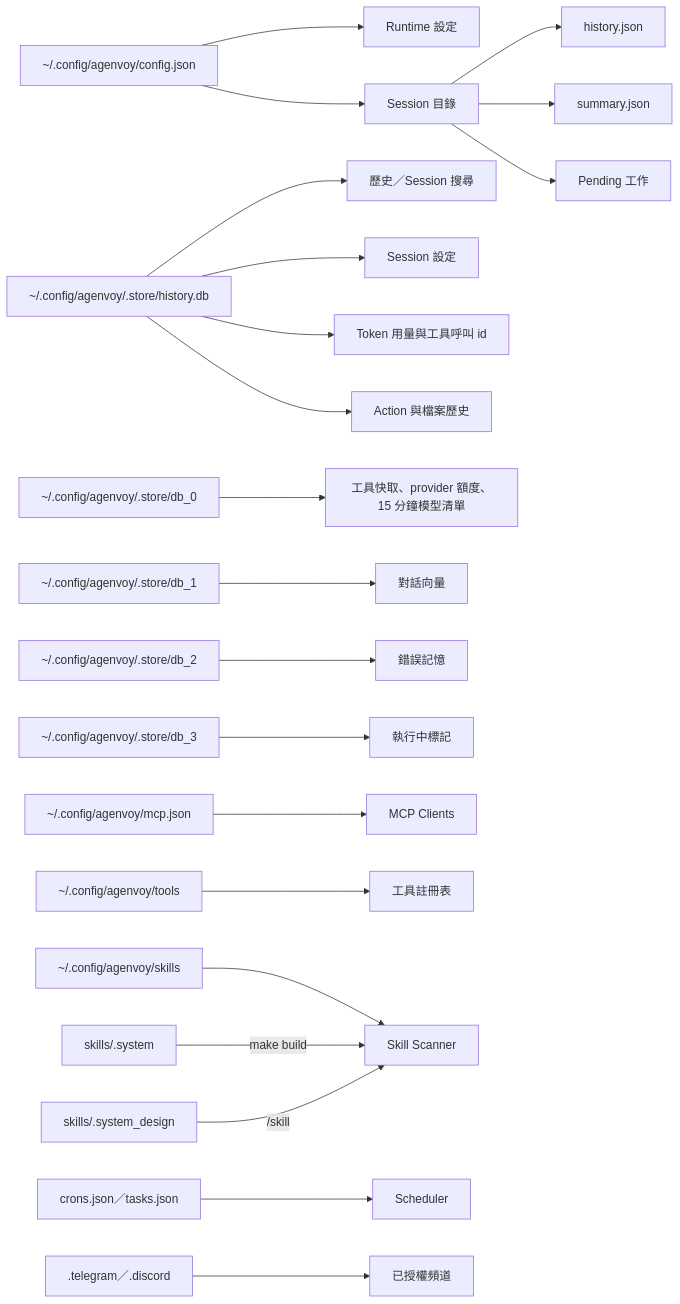
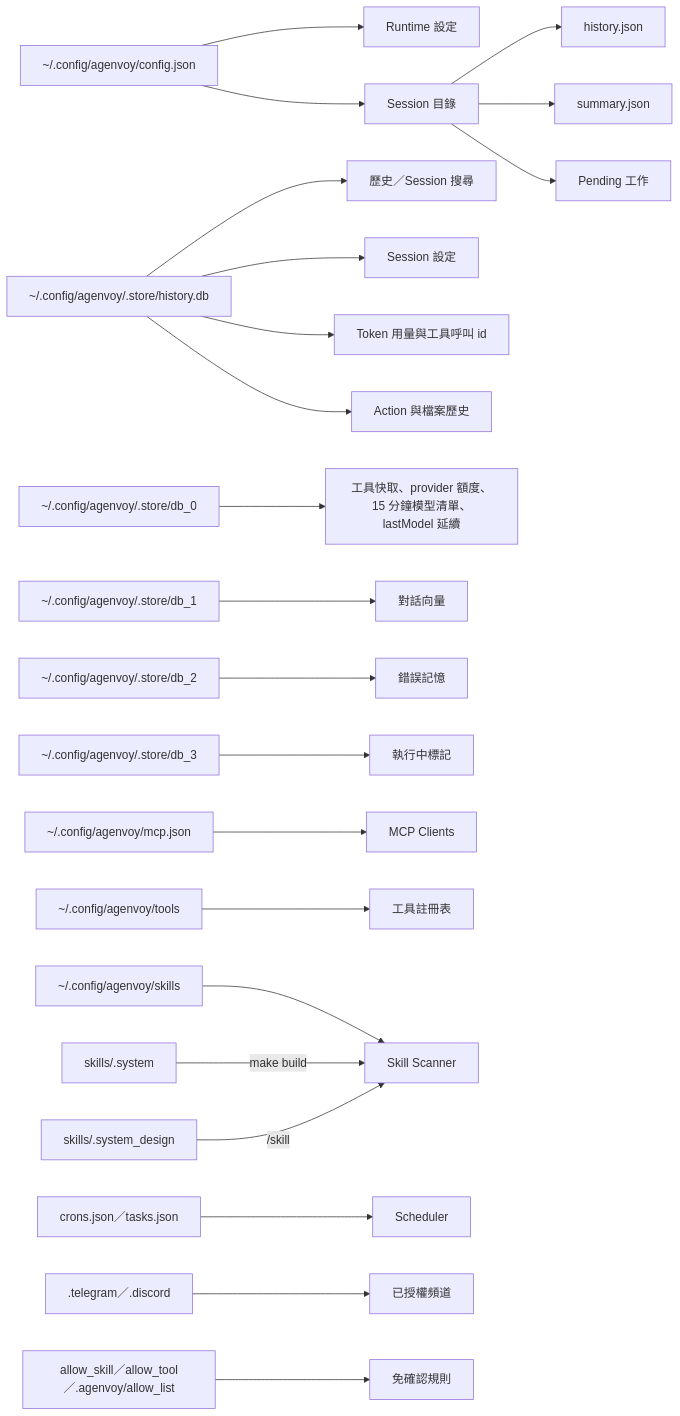
Before and after one commit to agenvoy/Agenvoy: the tenth of 10 diagrams in doc/architecture.zh.md, drawn with Mermaid. The commit also changed other lines of this file and 5 other files, not shown here.

Commit message:
doc: Align README and architecture/usage docs with the refactored executor and current behavior

````diff
--- a/doc/architecture.zh.md
+++ b/doc/architecture.zh.md
@@ -195,23 +230,24 @@
 ```mermaid
 flowchart LR
     Config[~/.config/agenvoy/config.json] --> Runtime[Runtime 設定]
     Config --> Sessions[Session 目錄]
     Sessions --> History[history.json]
     Sessions --> Summary[summary.json]
     Sessions --> Pending[Pending 工作]
     SQLite[~/.config/agenvoy/.store/history.db] --> Search[歷史／Session 搜尋]
     SQLite --> SessionConfig[Session 設定]
     SQLite --> Usage[Token 用量與工具呼叫 id]
     SQLite --> ActionHistory[Action 與檔案歷史]
-    Torii0[~/.config/agenvoy/.store/db_0] --> ToolCache[工具快取、provider 額度、15 分鐘模型清單]
+    Torii0[~/.config/agenvoy/.store/db_0] --> ToolCache[工具快取、provider 額度、15 分鐘模型清單、lastModel 延續]
     Torii1[~/.config/agenvoy/.store/db_1] --> SessionMemory[對話向量]
     Torii2[~/.config/agenvoy/.store/db_2] --> ErrorMemory[錯誤記憶]
     Torii3[~/.config/agenvoy/.store/db_3] --> Online[執行中標記]
     MCP[~/.config/agenvoy/mcp.json] --> MCPClients[MCP Clients]
     Tools[~/.config/agenvoy/tools] --> Registry[工具註冊表]
     Skills[~/.config/agenvoy/skills] --> Scanner[Skill Scanner]
     SystemSkills[skills/.system] -->|make build| Scanner
     DesignSkills[skills/.system_design] -->|/skill| Scanner
     Schedules[crons.json／tasks.json] --> Scheduler[Scheduler]
     Auth[.telegram／.discord] --> Channels[已授權頻道]
+    Allow[allow_skill／allow_tool／.agenvoy/allow_list] --> Confirm[免確認規則]
 ```
````
